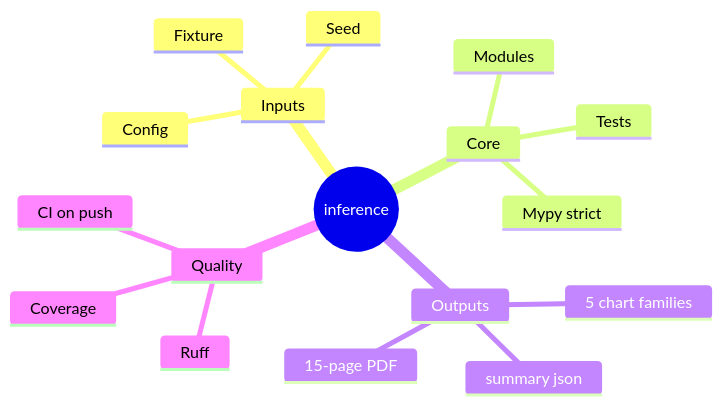
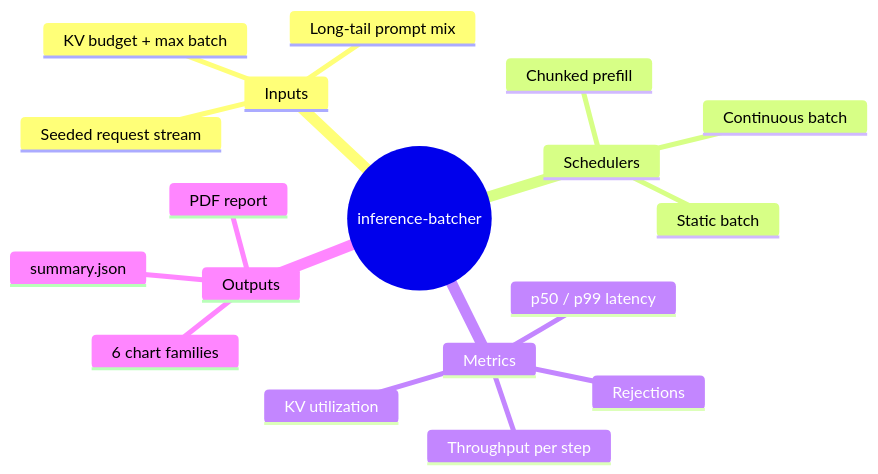
Before and after one commit to Akshitha024/inference-batcher: the diagram in README.md, drawn with Mermaid. The commit also changed other lines of this file, not shown here.

````diff
--- a/README.md
+++ b/README.md
@@ -105,20 +96,21 @@
 ```mermaid
 mindmap
-  root((inference))
+  root((inference-batcher))
     Inputs
-      Fixture
-      Seed
-      Config
-    Core
-      Modules
-      Tests
-      Mypy strict
+      Seeded request stream
+      Long-tail prompt mix
+      KV budget + max batch
+    Schedulers
+      Static batch
+      Continuous batch
+      Chunked prefill
+    Metrics
+      Throughput per step
+      p50 / p99 latency
+      KV utilization
+      Rejections
     Outputs
-      5 chart families
-      summary json
-      15-page PDF
-    Quality
-      Ruff
-      Coverage
-      CI on push
+      6 chart families
+      summary.json
+      PDF report
 ```
````
